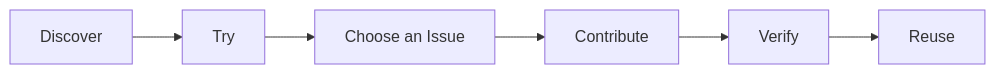
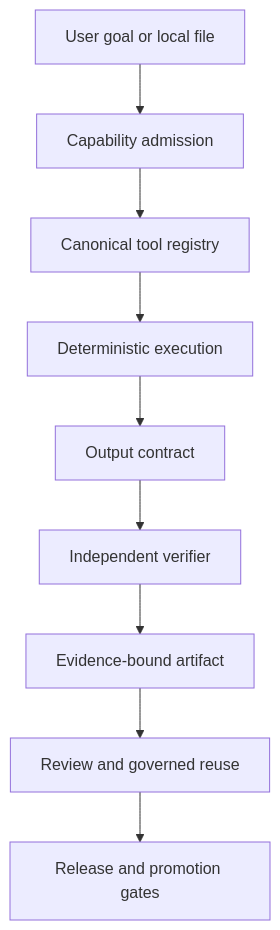
Before and after one commit to m1m2m3m4m5m6m700-afk/FLIXO_Hub: the diagram in README.md, drawn with Mermaid. The commit also changed other lines of this file, not shown here.

````diff
--- a/README.md
+++ b/README.md
@@ -55,8 +56,11 @@
 ```mermaid
-flowchart LR
-  A[Discover] --> B[Try]
-  B --> C[Choose an Issue]
-  C --> D[Contribute]
-  D --> E[Verify]
-  E --> F[Reuse]
+flowchart TD
+    A[User goal or local file] --> B[Capability admission]
+    B --> C[Canonical tool registry]
+    C --> D[Deterministic execution]
+    D --> E[Output contract]
+    E --> F[Independent verifier]
+    F --> G[Evidence-bound artifact]
+    G --> H[Review and governed reuse]
+    H --> I[Release and promotion gates]
 ```
````
